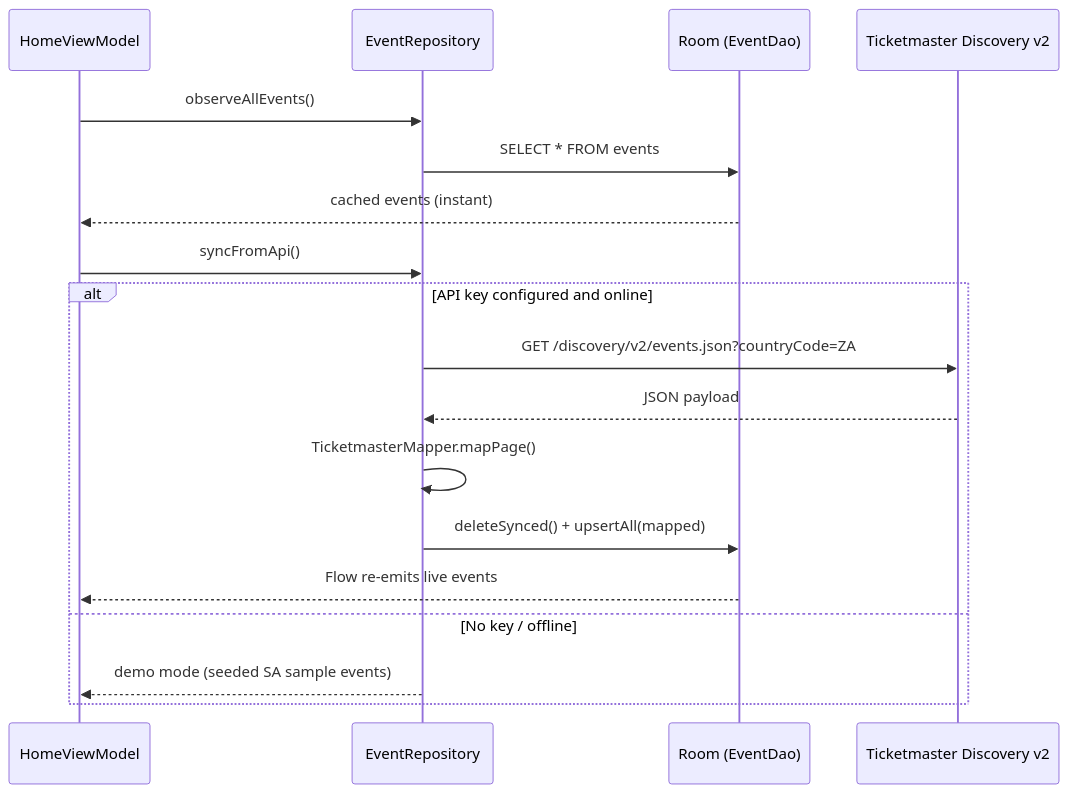
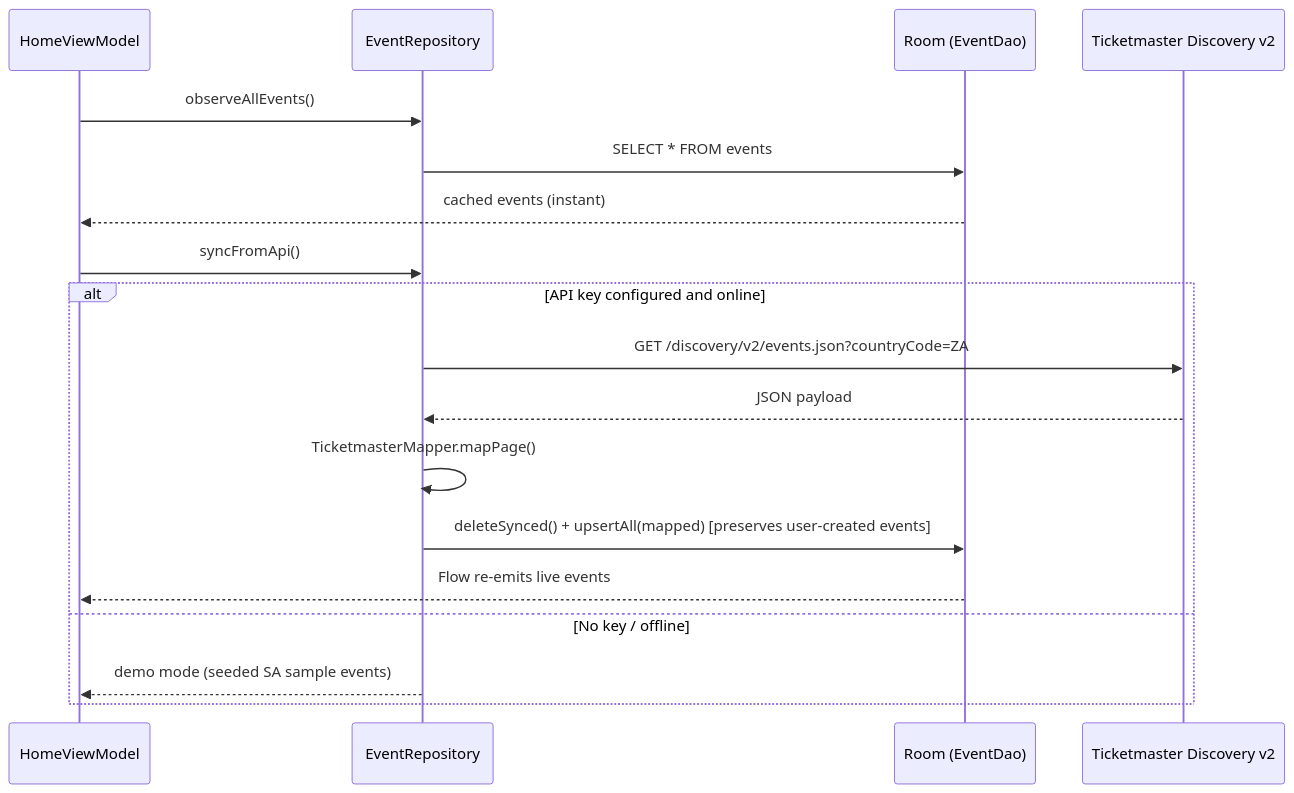
The second of 3 diagrams in README.md (Zulfique/eventfinder-south-africa), drawn with Mermaid before and after one commit. The commit also changed other lines of this file and 1 other file, not shown here.

````diff
--- a/README.md
+++ b/README.md
@@ -137,21 +137,21 @@
 ```mermaid
 sequenceDiagram
     participant H as HomeViewModel
     participant R as EventRepository
     participant DB as Room (EventDao)
     participant API as Ticketmaster Discovery v2
 
     H->>R: observeAllEvents()
     R->>DB: SELECT * FROM events
     DB-->>H: cached events (instant)
     H->>R: syncFromApi()
     alt API key configured and online
         R->>API: GET /discovery/v2/events.json?countryCode=ZA
         API-->>R: JSON payload
         R->>R: TicketmasterMapper.mapPage()
-        R->>DB: deleteSynced() + upsertAll(mapped)
+        R->>DB: deleteSynced() + upsertAll(mapped) [preserves user-created events]
         DB-->>H: Flow re-emits live events
     else No key / offline
         R-->>H: demo mode (seeded SA sample events)
     end
 ```
````
